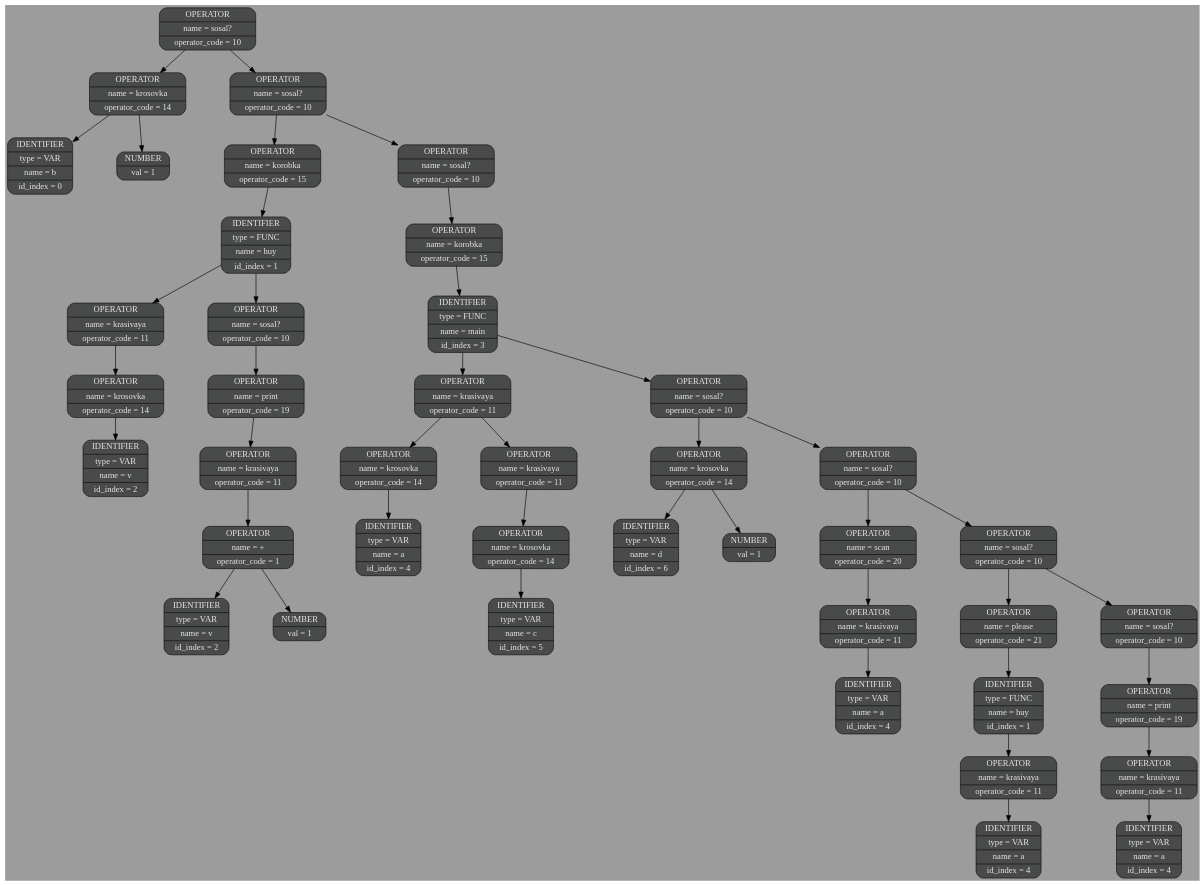
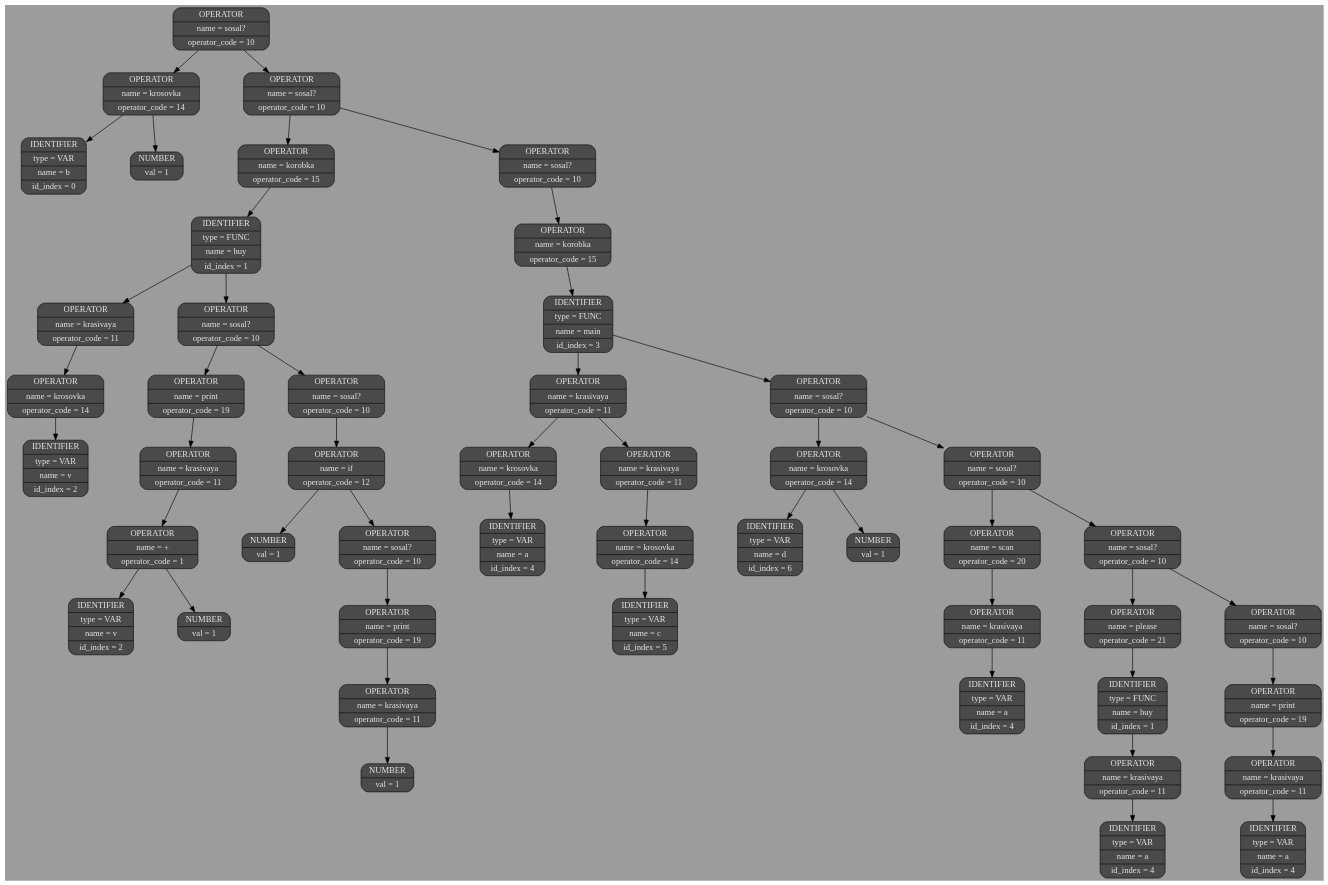
Before and after one commit to sevaphasol/language: the diagram in frontend/logs/dot_files/001.dot, drawn with Graphviz. The commit also changed 17 other files, not shown here.

```diff
--- a/frontend/logs/dot_files/001.dot
+++ b/frontend/logs/dot_files/001.dot
@@ -1,50 +1,57 @@
 digraph G{
 nodesep=1;
 ranksep=0.5;
 rankdir=HR;
 node[style=filled, color="#0a0a0a", fillcolor="#494a4a",fontcolor="#e6e6e6", fontsize=14];
 edge[color="#000000", fontsize=12, penwidth=1, fontcolor = "#49006a"];
 bgcolor="#9c9c9c";
-elem0x7fbcc7a00010[shape="Mrecord", label= "{OPERATOR | name = sosal? | operator_code = 10}"];
-elem0x7fbcc7a00010->elem0x7fbcc7a00038;elem0x7fbcc7a00038[shape="Mrecord", label= "{OPERATOR | name = krosovka | operator_code = 14}"];
-elem0x7fbcc7a00038->elem0x7fbcc7a00060;elem0x7fbcc7a00060[shape="Mrecord", label= "{IDENTIFIER | type = VAR | name = b | id_index = 0}"];
-elem0x7fbcc7a00038->elem0x7fbcc7a000b0;elem0x7fbcc7a000b0[shape="Mrecord", label= "{NUMBER | val = 1}"];
-elem0x7fbcc7a00010->elem0x7fbcc7a000d8;elem0x7fbcc7a000d8[shape="Mrecord", label= "{OPERATOR | name = sosal? | operator_code = 10}"];
-elem0x7fbcc7a000d8->elem0x7fbcc7a00100;elem0x7fbcc7a00100[shape="Mrecord", label= "{OPERATOR | name = korobka | operator_code = 15}"];
-elem0x7fbcc7a00100->elem0x7fbcc7a00128;elem0x7fbcc7a00128[shape="Mrecord", label= "{IDENTIFIER | type = FUNC | name = huy | id_index = 1}"];
-elem0x7fbcc7a00128->elem0x7fbcc7a00178;elem0x7fbcc7a00178[shape="Mrecord", label= "{OPERATOR | name = krasivaya | operator_code = 11}"];
-elem0x7fbcc7a00178->elem0x7fbcc7a001a0;elem0x7fbcc7a001a0[shape="Mrecord", label= "{OPERATOR | name = krosovka | operator_code = 14}"];
-elem0x7fbcc7a001a0->elem0x7fbcc7a001c8;elem0x7fbcc7a001c8[shape="Mrecord", label= "{IDENTIFIER | type = VAR | name = v | id_index = 2}"];
-elem0x7fbcc7a00128->elem0x7fbcc7a00240;elem0x7fbcc7a00240[shape="Mrecord", label= "{OPERATOR | name = sosal? | operator_code = 10}"];
-elem0x7fbcc7a00240->elem0x7fbcc7a00268;elem0x7fbcc7a00268[shape="Mrecord", label= "{OPERATOR | name = print | operator_code = 19}"];
-elem0x7fbcc7a00268->elem0x7fbcc7a002b8;elem0x7fbcc7a002b8[shape="Mrecord", label= "{OPERATOR | name = krasivaya | operator_code = 11}"];
-elem0x7fbcc7a002b8->elem0x7fbcc7a00308;elem0x7fbcc7a00308[shape="Mrecord", label= "{OPERATOR | name = + | operator_code = 1}"];
-elem0x7fbcc7a00308->elem0x7fbcc7a002e0;elem0x7fbcc7a002e0[shape="Mrecord", label= "{IDENTIFIER | type = VAR | name = v | id_index = 2}"];
-elem0x7fbcc7a00308->elem0x7fbcc7a00330;elem0x7fbcc7a00330[shape="Mrecord", label= "{NUMBER | val = 1}"];
-elem0x7fbcc7a000d8->elem0x7fbcc7a003a8;elem0x7fbcc7a003a8[shape="Mrecord", label= "{OPERATOR | name = sosal? | operator_code = 10}"];
-elem0x7fbcc7a003a8->elem0x7fbcc7a003d0;elem0x7fbcc7a003d0[shape="Mrecord", label= "{OPERATOR | name = korobka | operator_code = 15}"];
-elem0x7fbcc7a003d0->elem0x7fbcc7a003f8;elem0x7fbcc7a003f8[shape="Mrecord", label= "{IDENTIFIER | type = FUNC | name = main | id_index = 3}"];
-elem0x7fbcc7a003f8->elem0x7fbcc7a00448;elem0x7fbcc7a00448[shape="Mrecord", label= "{OPERATOR | name = krasivaya | operator_code = 11}"];
-elem0x7fbcc7a00448->elem0x7fbcc7a00470;elem0x7fbcc7a00470[shape="Mrecord", label= "{OPERATOR | name = krosovka | operator_code = 14}"];
-elem0x7fbcc7a00470->elem0x7fbcc7a00498;elem0x7fbcc7a00498[shape="Mrecord", label= "{IDENTIFIER | type = VAR | name = a | id_index = 4}"];
-elem0x7fbcc7a00448->elem0x7fbcc7a004c0;elem0x7fbcc7a004c0[shape="Mrecord", label= "{OPERATOR | name = krasivaya | operator_code = 11}"];
-elem0x7fbcc7a004c0->elem0x7fbcc7a004e8;elem0x7fbcc7a004e8[shape="Mrecord", label= "{OPERATOR | name = krosovka | operator_code = 14}"];
-elem0x7fbcc7a004e8->elem0x7fbcc7a00510;elem0x7fbcc7a00510[shape="Mrecord", label= "{IDENTIFIER | type = VAR | name = c | id_index = 5}"];
-elem0x7fbcc7a003f8->elem0x7fbcc7a00588;elem0x7fbcc7a00588[shape="Mrecord", label= "{OPERATOR | name = sosal? | operator_code = 10}"];
-elem0x7fbcc7a00588->elem0x7fbcc7a005b0;elem0x7fbcc7a005b0[shape="Mrecord", label= "{OPERATOR | name = krosovka | operator_code = 14}"];
-elem0x7fbcc7a005b0->elem0x7fbcc7a005d8;elem0x7fbcc7a005d8[shape="Mrecord", label= "{IDENTIFIER | type = VAR | name = d | id_index = 6}"];
-elem0x7fbcc7a005b0->elem0x7fbcc7a00628;elem0x7fbcc7a00628[shape="Mrecord", label= "{NUMBER | val = 1}"];
-elem0x7fbcc7a00588->elem0x7fbcc7a00650;elem0x7fbcc7a00650[shape="Mrecord", label= "{OPERATOR | name = sosal? | operator_code = 10}"];
-elem0x7fbcc7a00650->elem0x7fbcc7a00678;elem0x7fbcc7a00678[shape="Mrecord", label= "{OPERATOR | name = scan | operator_code = 20}"];
-elem0x7fbcc7a00678->elem0x7fbcc7a006c8;elem0x7fbcc7a006c8[shape="Mrecord", label= "{OPERATOR | name = krasivaya | operator_code = 11}"];
-elem0x7fbcc7a006c8->elem0x7fbcc7a006f0;elem0x7fbcc7a006f0[shape="Mrecord", label= "{IDENTIFIER | type = VAR | name = a | id_index = 4}"];
-elem0x7fbcc7a00650->elem0x7fbcc7a00740;elem0x7fbcc7a00740[shape="Mrecord", label= "{OPERATOR | name = sosal? | operator_code = 10}"];
-elem0x7fbcc7a00740->elem0x7fbcc7a00768;elem0x7fbcc7a00768[shape="Mrecord", label= "{OPERATOR | name = please | operator_code = 21}"];
-elem0x7fbcc7a00768->elem0x7fbcc7a00790;elem0x7fbcc7a00790[shape="Mrecord", label= "{IDENTIFIER | type = FUNC | name = huy | id_index = 1}"];
-elem0x7fbcc7a00790->elem0x7fbcc7a007e0;elem0x7fbcc7a007e0[shape="Mrecord", label= "{OPERATOR | name = krasivaya | operator_code = 11}"];
-elem0x7fbcc7a007e0->elem0x7fbcc7a00808;elem0x7fbcc7a00808[shape="Mrecord", label= "{IDENTIFIER | type = VAR | name = a | id_index = 4}"];
-elem0x7fbcc7a00740->elem0x7fbcc7a00858;elem0x7fbcc7a00858[shape="Mrecord", label= "{OPERATOR | name = sosal? | operator_code = 10}"];
-elem0x7fbcc7a00858->elem0x7fbcc7a00880;elem0x7fbcc7a00880[shape="Mrecord", label= "{OPERATOR | name = print | operator_code = 19}"];
-elem0x7fbcc7a00880->elem0x7fbcc7a008d0;elem0x7fbcc7a008d0[shape="Mrecord", label= "{OPERATOR | name = krasivaya | operator_code = 11}"];
-elem0x7fbcc7a008d0->elem0x7fbcc7a008f8;elem0x7fbcc7a008f8[shape="Mrecord", label= "{IDENTIFIER | type = VAR | name = a | id_index = 4}"];
+elem0x7bafe5c00010[shape="Mrecord", label= "{OPERATOR | name = sosal? | operator_code = 10}"];
+elem0x7bafe5c00010->elem0x7bafe5c00038;elem0x7bafe5c00038[shape="Mrecord", label= "{OPERATOR | name = krosovka | operator_code = 14}"];
+elem0x7bafe5c00038->elem0x7bafe5c00060;elem0x7bafe5c00060[shape="Mrecord", label= "{IDENTIFIER | type = VAR | name = b | id_index = 0}"];
+elem0x7bafe5c00038->elem0x7bafe5c000b0;elem0x7bafe5c000b0[shape="Mrecord", label= "{NUMBER | val = 1}"];
+elem0x7bafe5c00010->elem0x7bafe5c000d8;elem0x7bafe5c000d8[shape="Mrecord", label= "{OPERATOR | name = sosal? | operator_code = 10}"];
+elem0x7bafe5c000d8->elem0x7bafe5c00100;elem0x7bafe5c00100[shape="Mrecord", label= "{OPERATOR | name = korobka | operator_code = 15}"];
+elem0x7bafe5c00100->elem0x7bafe5c00128;elem0x7bafe5c00128[shape="Mrecord", label= "{IDENTIFIER | type = FUNC | name = huy | id_index = 1}"];
+elem0x7bafe5c00128->elem0x7bafe5c00178;elem0x7bafe5c00178[shape="Mrecord", label= "{OPERATOR | name = krasivaya | operator_code = 11}"];
+elem0x7bafe5c00178->elem0x7bafe5c001a0;elem0x7bafe5c001a0[shape="Mrecord", label= "{OPERATOR | name = krosovka | operator_code = 14}"];
+elem0x7bafe5c001a0->elem0x7bafe5c001c8;elem0x7bafe5c001c8[shape="Mrecord", label= "{IDENTIFIER | type = VAR | name = v | id_index = 2}"];
+elem0x7bafe5c00128->elem0x7bafe5c00240;elem0x7bafe5c00240[shape="Mrecord", label= "{OPERATOR | name = sosal? | operator_code = 10}"];
+elem0x7bafe5c00240->elem0x7bafe5c00268;elem0x7bafe5c00268[shape="Mrecord", label= "{OPERATOR | name = print | operator_code = 19}"];
+elem0x7bafe5c00268->elem0x7bafe5c002b8;elem0x7bafe5c002b8[shape="Mrecord", label= "{OPERATOR | name = krasivaya | operator_code = 11}"];
+elem0x7bafe5c002b8->elem0x7bafe5c00308;elem0x7bafe5c00308[shape="Mrecord", label= "{OPERATOR | name = + | operator_code = 1}"];
+elem0x7bafe5c00308->elem0x7bafe5c002e0;elem0x7bafe5c002e0[shape="Mrecord", label= "{IDENTIFIER | type = VAR | name = v | id_index = 2}"];
+elem0x7bafe5c00308->elem0x7bafe5c00330;elem0x7bafe5c00330[shape="Mrecord", label= "{NUMBER | val = 1}"];
+elem0x7bafe5c00240->elem0x7bafe5c00380;elem0x7bafe5c00380[shape="Mrecord", label= "{OPERATOR | name = sosal? | operator_code = 10}"];
+elem0x7bafe5c00380->elem0x7bafe5c003a8;elem0x7bafe5c003a8[shape="Mrecord", label= "{OPERATOR | name = if | operator_code = 12}"];
+elem0x7bafe5c003a8->elem0x7bafe5c003f8;elem0x7bafe5c003f8[shape="Mrecord", label= "{NUMBER | val = 1}"];
+elem0x7bafe5c003a8->elem0x7bafe5c00470;elem0x7bafe5c00470[shape="Mrecord", label= "{OPERATOR | name = sosal? | operator_code = 10}"];
+elem0x7bafe5c00470->elem0x7bafe5c00498;elem0x7bafe5c00498[shape="Mrecord", label= "{OPERATOR | name = print | operator_code = 19}"];
+elem0x7bafe5c00498->elem0x7bafe5c004e8;elem0x7bafe5c004e8[shape="Mrecord", label= "{OPERATOR | name = krasivaya | operator_code = 11}"];
+elem0x7bafe5c004e8->elem0x7bafe5c00510;elem0x7bafe5c00510[shape="Mrecord", label= "{NUMBER | val = 1}"];
+elem0x7bafe5c000d8->elem0x7bafe5c005b0;elem0x7bafe5c005b0[shape="Mrecord", label= "{OPERATOR | name = sosal? | operator_code = 10}"];
+elem0x7bafe5c005b0->elem0x7bafe5c005d8;elem0x7bafe5c005d8[shape="Mrecord", label= "{OPERATOR | name = korobka | operator_code = 15}"];
+elem0x7bafe5c005d8->elem0x7bafe5c00600;elem0x7bafe5c00600[shape="Mrecord", label= "{IDENTIFIER | type = FUNC | name = main | id_index = 3}"];
+elem0x7bafe5c00600->elem0x7bafe5c00650;elem0x7bafe5c00650[shape="Mrecord", label= "{OPERATOR | name = krasivaya | operator_code = 11}"];
+elem0x7bafe5c00650->elem0x7bafe5c00678;elem0x7bafe5c00678[shape="Mrecord", label= "{OPERATOR | name = krosovka | operator_code = 14}"];
+elem0x7bafe5c00678->elem0x7bafe5c006a0;elem0x7bafe5c006a0[shape="Mrecord", label= "{IDENTIFIER | type = VAR | name = a | id_index = 4}"];
+elem0x7bafe5c00650->elem0x7bafe5c006c8;elem0x7bafe5c006c8[shape="Mrecord", label= "{OPERATOR | name = krasivaya | operator_code = 11}"];
+elem0x7bafe5c006c8->elem0x7bafe5c006f0;elem0x7bafe5c006f0[shape="Mrecord", label= "{OPERATOR | name = krosovka | operator_code = 14}"];
+elem0x7bafe5c006f0->elem0x7bafe5c00718;elem0x7bafe5c00718[shape="Mrecord", label= "{IDENTIFIER | type = VAR | name = c | id_index = 5}"];
+elem0x7bafe5c00600->elem0x7bafe5c00790;elem0x7bafe5c00790[shape="Mrecord", label= "{OPERATOR | name = sosal? | operator_code = 10}"];
+elem0x7bafe5c00790->elem0x7bafe5c007b8;elem0x7bafe5c007b8[shape="Mrecord", label= "{OPERATOR | name = krosovka | operator_code = 14}"];
+elem0x7bafe5c007b8->elem0x7bafe5c007e0;elem0x7bafe5c007e0[shape="Mrecord", label= "{IDENTIFIER | type = VAR | name = d | id_index = 6}"];
+elem0x7bafe5c007b8->elem0x7bafe5c00830;elem0x7bafe5c00830[shape="Mrecord", label= "{NUMBER | val = 1}"];
+elem0x7bafe5c00790->elem0x7bafe5c00858;elem0x7bafe5c00858[shape="Mrecord", label= "{OPERATOR | name = sosal? | operator_code = 10}"];
+elem0x7bafe5c00858->elem0x7bafe5c00880;elem0x7bafe5c00880[shape="Mrecord", label= "{OPERATOR | name = scan | operator_code = 20}"];
+elem0x7bafe5c00880->elem0x7bafe5c008d0;elem0x7bafe5c008d0[shape="Mrecord", label= "{OPERATOR | name = krasivaya | operator_code = 11}"];
+elem0x7bafe5c008d0->elem0x7bafe5c008f8;elem0x7bafe5c008f8[shape="Mrecord", label= "{IDENTIFIER | type = VAR | name = a | id_index = 4}"];
+elem0x7bafe5c00858->elem0x7bafe5c00948;elem0x7bafe5c00948[shape="Mrecord", label= "{OPERATOR | name = sosal? | operator_code = 10}"];
+elem0x7bafe5c00948->elem0x7bafe5c00970;elem0x7bafe5c00970[shape="Mrecord", label= "{OPERATOR | name = please | operator_code = 21}"];
+elem0x7bafe5c00970->elem0x7bafe5c00998;elem0x7bafe5c00998[shape="Mrecord", label= "{IDENTIFIER | type = FUNC | name = huy | id_index = 1}"];
+elem0x7bafe5c00998->elem0x7bafe5c009e8;elem0x7bafe5c009e8[shape="Mrecord", label= "{OPERATOR | name = krasivaya | operator_code = 11}"];
+elem0x7bafe5c009e8->elem0x7bafe5c00a10;elem0x7bafe5c00a10[shape="Mrecord", label= "{IDENTIFIER | type = VAR | name = a | id_index = 4}"];
+elem0x7bafe5c00948->elem0x7bafe5c00a60;elem0x7bafe5c00a60[shape="Mrecord", label= "{OPERATOR | name = sosal? | operator_code = 10}"];
+elem0x7bafe5c00a60->elem0x7bafe5c00a88;elem0x7bafe5c00a88[shape="Mrecord", label= "{OPERATOR | name = print | operator_code = 19}"];
+elem0x7bafe5c00a88->elem0x7bafe5c00ad8;elem0x7bafe5c00ad8[shape="Mrecord", label= "{OPERATOR | name = krasivaya | operator_code = 11}"];
+elem0x7bafe5c00ad8->elem0x7bafe5c00b00;elem0x7bafe5c00b00[shape="Mrecord", label= "{IDENTIFIER | type = VAR | name = a | id_index = 4}"];
 }
```
